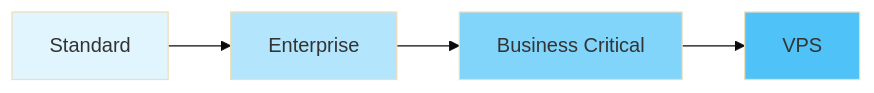
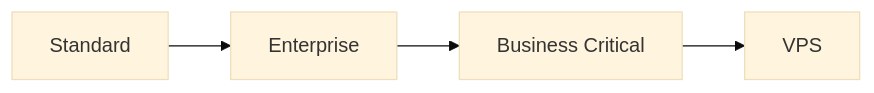
The first of 7 diagrams in Domain 1.0 Snowflake AI Data Cloud Features and Architecture/1.1 Snowflake Architecture/Snowflake Editions/Compare and Contrast Snowflake Editions.md (Balasubramanian-pg/COF-CO3), drawn with Mermaid (base theme) before and after one commit. The commit also changed other lines of this file, not shown here.

````diff
--- a/Domain 1.0 Snowflake AI Data Cloud Features and Architecture/1.1 Snowflake Architecture/Snowflake Editions/Compare and Contrast Snowflake Editions.md
+++ b/Domain 1.0 Snowflake AI Data Cloud Features and Architecture/1.1 Snowflake Architecture/Snowflake Editions/Compare and Contrast Snowflake Editions.md
@@ -7,11 +7,6 @@
 ```mermaid
 graph LR
     A[Standard] --> B[Enterprise]
     B --> C[Business Critical]
     C --> D[VPS]
-    
-    style A fill:#e1f5fe
-    style B fill:#b3e5fc
-    style C fill:#81d4fa
-    style D fill:#4fc3f7
 ```
````
